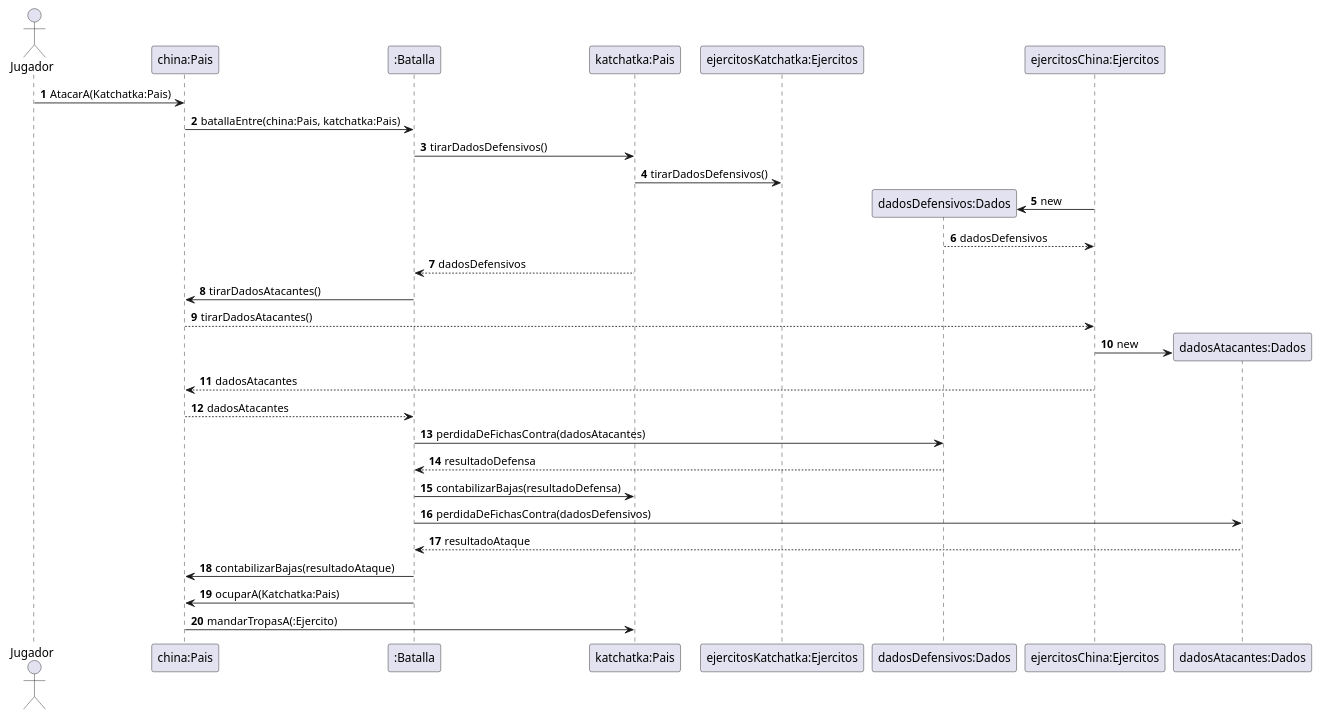
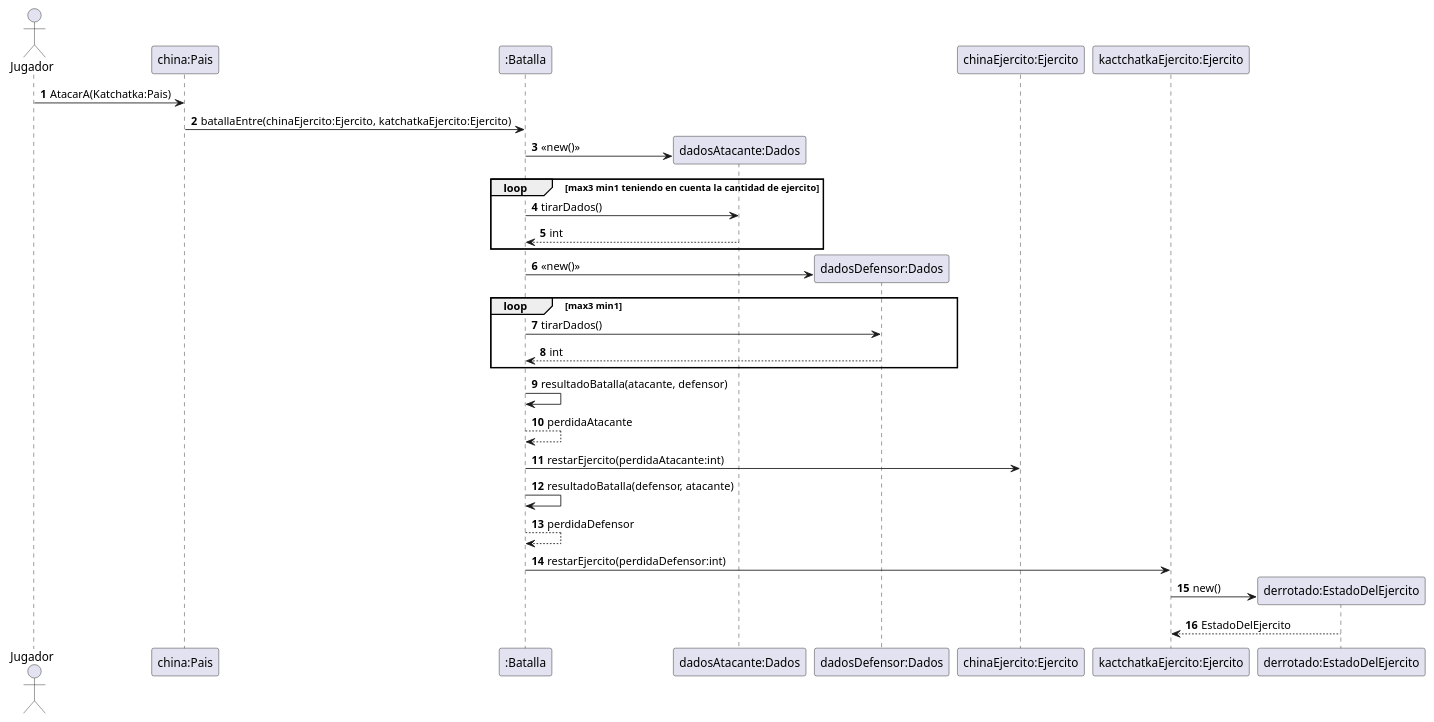
The diagram in Diagramas/AtaqueAOtroPais.puml (julia-valdo/Algoritmos-3.TP2), drawn with PlantUML before and after one commit. The commit also changed 5 other files, not shown here.

First line of the commit message:
cambios en ejercitos y en diagramas

```diff
--- a/Diagramas/AtaqueAOtroPais.puml
+++ b/Diagramas/AtaqueAOtroPais.puml
@@ -1,40 +1,43 @@
 @startuml
 'https://plantuml.com/sequence-diagram
 
 autonumber
 'Gana Jugador 1'
 Actor Jugador
 
 Jugador -> "china:Pais": AtacarA(Katchatka:Pais)
-"china:Pais" -> ":Batalla":batallaEntre(china:Pais, katchatka:Pais)
+"china:Pais" -> ":Batalla":batallaEntre(chinaEjercito:Ejercito, katchatkaEjercito:Ejercito)
 
-":Batalla" -> "katchatka:Pais": tirarDadosDefensivos()
-    "katchatka:Pais" -> "ejercitosKatchatka:Ejercitos": tirarDadosDefensivos()
-    create "dadosDefensivos:Dados"
-    "ejercitosChina:Ejercitos" -> "dadosDefensivos:Dados" : new
-    return dadosDefensivos
-"katchatka:Pais" --> ":Batalla": dadosDefensivos
+":Batalla" -> "dadosAtacante:Dados" **:<<new()>>
 
-":Batalla" -> "china:Pais": tirarDadosAtacantes()
-    "china:Pais" --> "ejercitosChina:Ejercitos": tirarDadosAtacantes()
-    create "dadosAtacantes:Dados"
-    "ejercitosChina:Ejercitos" -> "dadosAtacantes:Dados" : new
-    "ejercitosChina:Ejercitos" --> "china:Pais": dadosAtacantes
-"china:Pais" --> ":Batalla": dadosAtacantes
+loop max3 min1 teniendo en cuenta la cantidad de ejercito
 
-":Batalla" -> "dadosDefensivos:Dados": perdidaDeFichasContra(dadosAtacantes)
-return resultadoDefensa
+":Batalla" -> "dadosAtacante:Dados": tirarDados()
+return int
 
-":Batalla" -> "katchatka:Pais": contabilizarBajas(resultadoDefensa)
+end
 
-":Batalla" -> "dadosAtacantes:Dados": perdidaDeFichasContra(dadosDefensivos)
-return resultadoAtaque
+":Batalla" -> "dadosDefensor:Dados" **:<<new()>>
 
-":Batalla" -> "china:Pais": contabilizarBajas(resultadoAtaque)
+loop max3 min1
 
-":Batalla" -> "china:Pais": ocuparA(Katchatka:Pais)
+":Batalla" -> "dadosDefensor:Dados": tirarDados()
+return int
 
-"china:Pais" -> "katchatka:Pais": mandarTropasA(:Ejercito)
+end
+
+":Batalla" -> ":Batalla" : resultadoBatalla(atacante, defensor)
+return perdidaAtacante
+
+":Batalla" -> "chinaEjercito:Ejercito":restarEjercito(perdidaAtacante:int)
+
+
+":Batalla" -> ":Batalla" : resultadoBatalla(defensor, atacante)
+return perdidaDefensor
+
+":Batalla" -> "kactchatkaEjercito:Ejercito":restarEjercito(perdidaDefensor:int)
+"kactchatkaEjercito:Ejercito" -> "derrotado:EstadoDelEjercito" **:new()
+return EstadoDelEjercito
 
 
 @enduml
```
